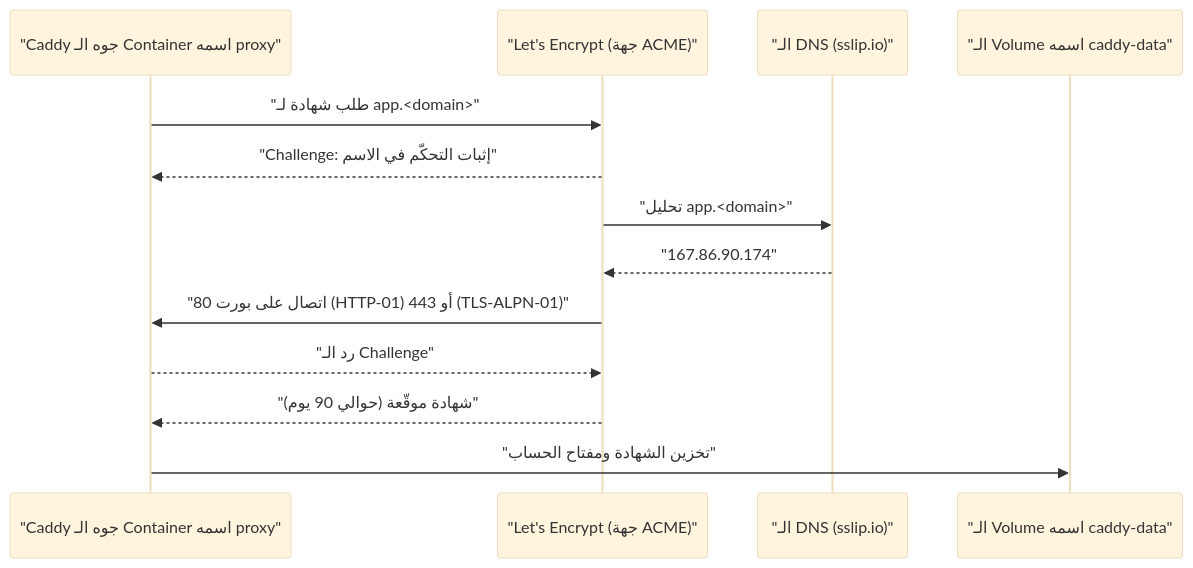
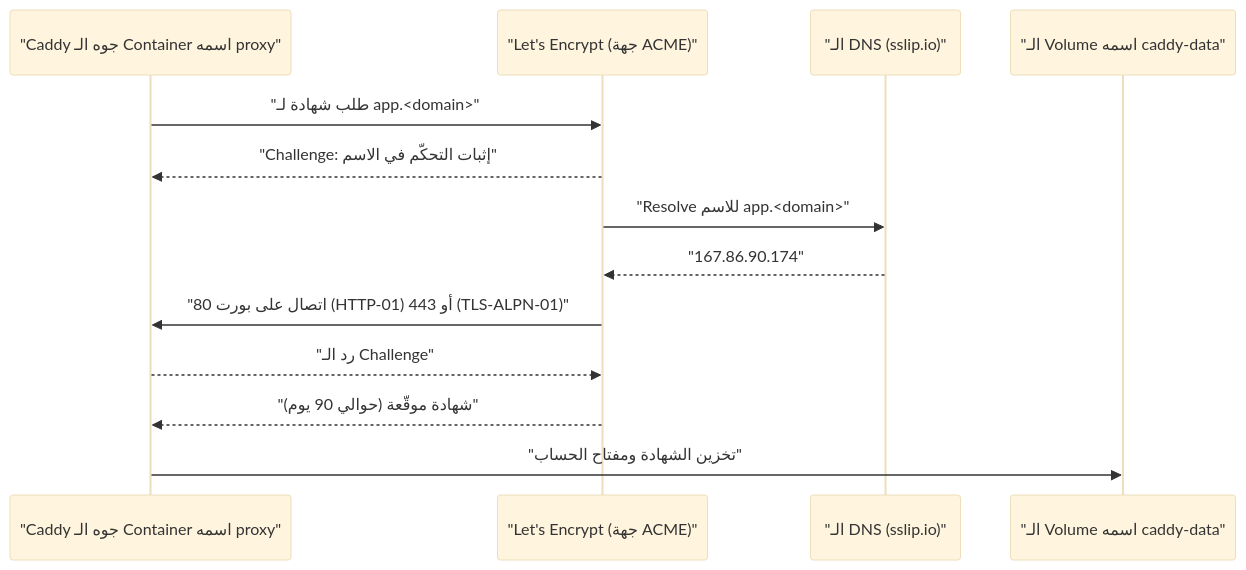
One commit to afawzy70/Matbakhy-v1 changed the diagram in docs/developer-handbook/08-infrastructure/dns-https-sslip-io-ar.md. Above: the diagram before and after it, drawn with Mermaid (base theme). The commit also changed other lines of this file and 28 other files, not shown here.

````diff
--- a/docs/developer-handbook/08-infrastructure/dns-https-sslip-io-ar.md
+++ b/docs/developer-handbook/08-infrastructure/dns-https-sslip-io-ar.md
@@ -55,15 +55,15 @@
 ```mermaid
 sequenceDiagram
     participant C as "Caddy جوه الـ Container اسمه proxy"
     participant LE as "Let's Encrypt (جهة ACME)"
     participant D as "الـ DNS (sslip.io)"
     participant V as "الـ Volume اسمه caddy-data"
     C->>LE: "طلب شهادة لـ app.<domain>"
     LE-->>C: "Challenge: إثبات التحكّم في الاسم"
-    LE->>D: "تحليل app.<domain>"
+    LE->>D: "Resolve للاسم app.<domain>"
     D-->>LE: "167.86.90.174"
     LE->>C: "اتصال على بورت 80 (HTTP-01) أو 443 (TLS-ALPN-01)"
     C-->>LE: "رد الـ Challenge"
     LE-->>C: "شهادة موقّعة (حوالي 90 يوم)"
     C->>V: "تخزين الشهادة ومفتاح الحساب"
 ```
````
